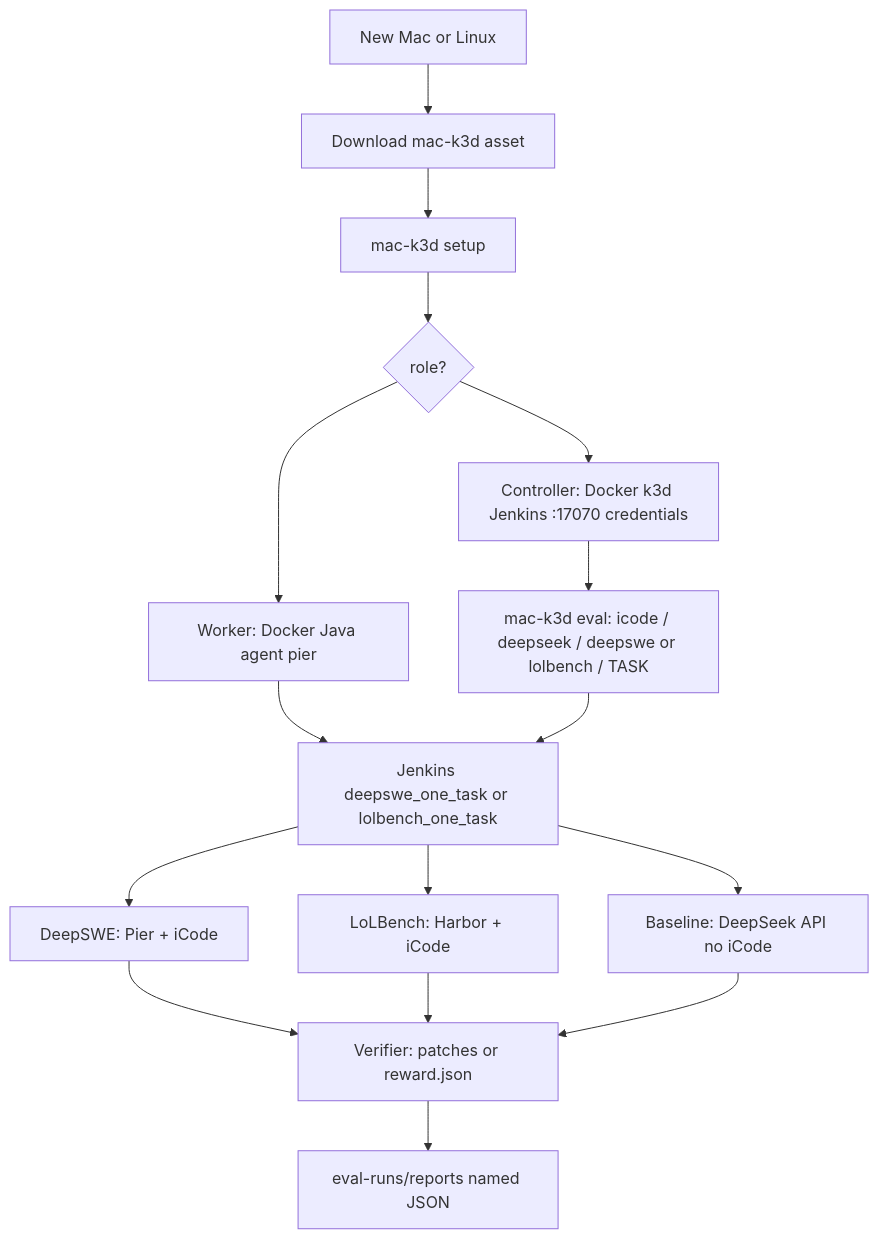
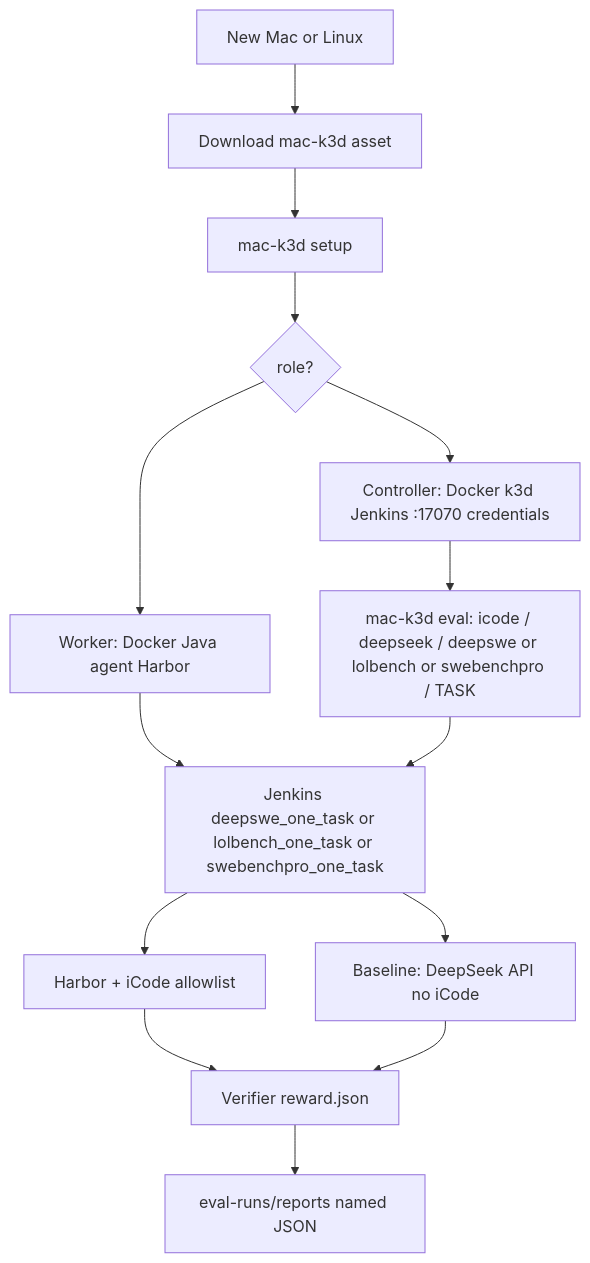
The diagram in docs/workflow.md (Toby-Yu/mac-k3d), drawn with Mermaid before and after one commit. The commit also changed other lines of this file and 41 other files, not shown here.

First line of the commit message:
Finish git/release iCode input and score all three suites on Harbor.

````diff
--- a/docs/workflow.md
+++ b/docs/workflow.md
@@ -28,30 +39,27 @@
 ```mermaid
 flowchart TD
   newHost["New Mac or Linux"]
   bin["Download mac-k3d asset"]
   setup["mac-k3d setup"]
   role{"role?"}
   ctrl["Controller: Docker k3d Jenkins :17070 credentials"]
-  work["Worker: Docker Java agent pier"]
-  evalCli["mac-k3d eval: icode / deepseek / deepswe or lolbench / TASK"]
-  job["Jenkins deepswe_one_task or lolbench_one_task"]
-  pierA["DeepSWE: Pier + iCode"]
-  harborA["LoLBench: Harbor + iCode"]
-  pierB["Baseline: DeepSeek API no iCode"]
-  grade["Verifier: patches or reward.json"]
+  work["Worker: Docker Java agent Harbor"]
+  evalCli["mac-k3d eval: icode / deepseek / deepswe or lolbench or swebenchpro / TASK"]
+  job["Jenkins deepswe_one_task or lolbench_one_task or swebenchpro_one_task"]
+  harborA["Harbor + iCode allowlist"]
+  baseB["Baseline: DeepSeek API no iCode"]
+  grade["Verifier reward.json"]
   json["eval-runs/reports named JSON"]
 
   newHost --> bin --> setup --> role
   role --> ctrl
   role --> work
   ctrl --> evalCli
   work --> job
   evalCli --> job
-  job --> pierA
   job --> harborA
-  job --> pierB
-  pierA --> grade
+  job --> baseB
   harborA --> grade
-  pierB --> grade
+  baseB --> grade
   grade --> json
 ```
````
